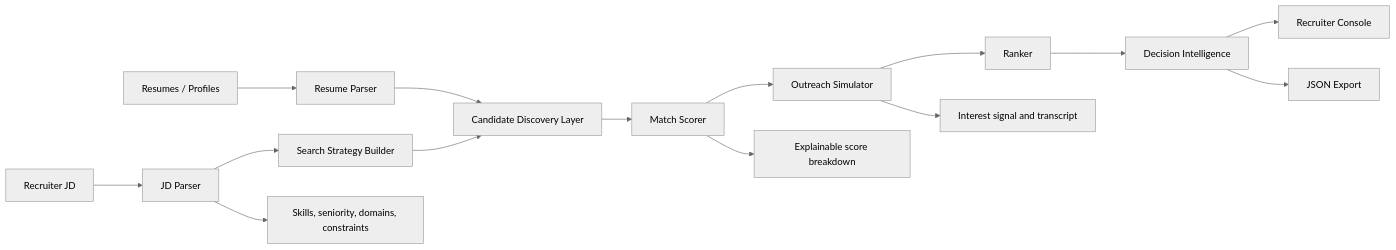
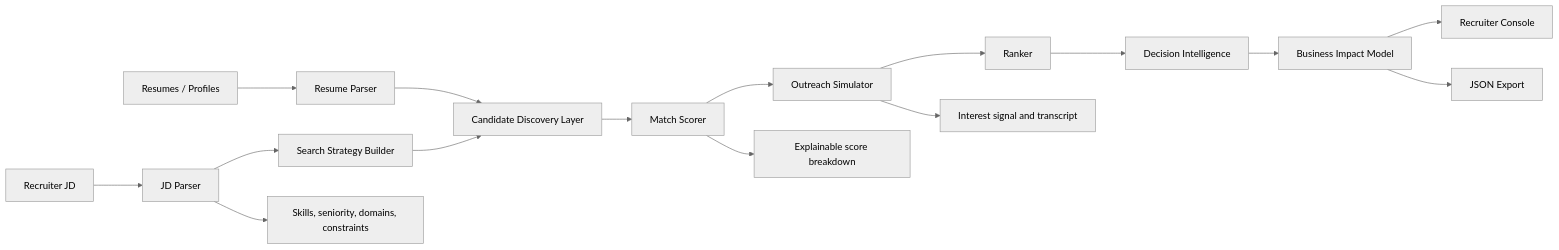
One commit to Sehaj64/catalyst-talent-agent changed the diagram in README.md. Above: the diagram before and after it, drawn with Mermaid (neutral theme). The commit also changed other lines of this file and 9 other files, not shown here.

Commit message:
Add business impact ROI model

````diff
--- a/README.md
+++ b/README.md
@@ -30,18 +31,19 @@
 ```mermaid
 flowchart LR
     A["Recruiter JD"] --> B["JD Parser"]
     R["Resumes / Profiles"] --> RP["Resume Parser"]
     B --> C["Search Strategy Builder"]
     RP --> D["Candidate Discovery Layer"]
     C --> D
     D --> E["Match Scorer"]
     E --> F["Outreach Simulator"]
     F --> G["Ranker"]
     G --> H["Decision Intelligence"]
-    H --> I["Recruiter Console"]
-    H --> J["JSON Export"]
+    H --> ROI["Business Impact Model"]
+    ROI --> I["Recruiter Console"]
+    ROI --> J["JSON Export"]
 
     B --> B1["Skills, seniority, domains, constraints"]
     E --> E1["Explainable score breakdown"]
     F --> F1["Interest signal and transcript"]
 ```
````
